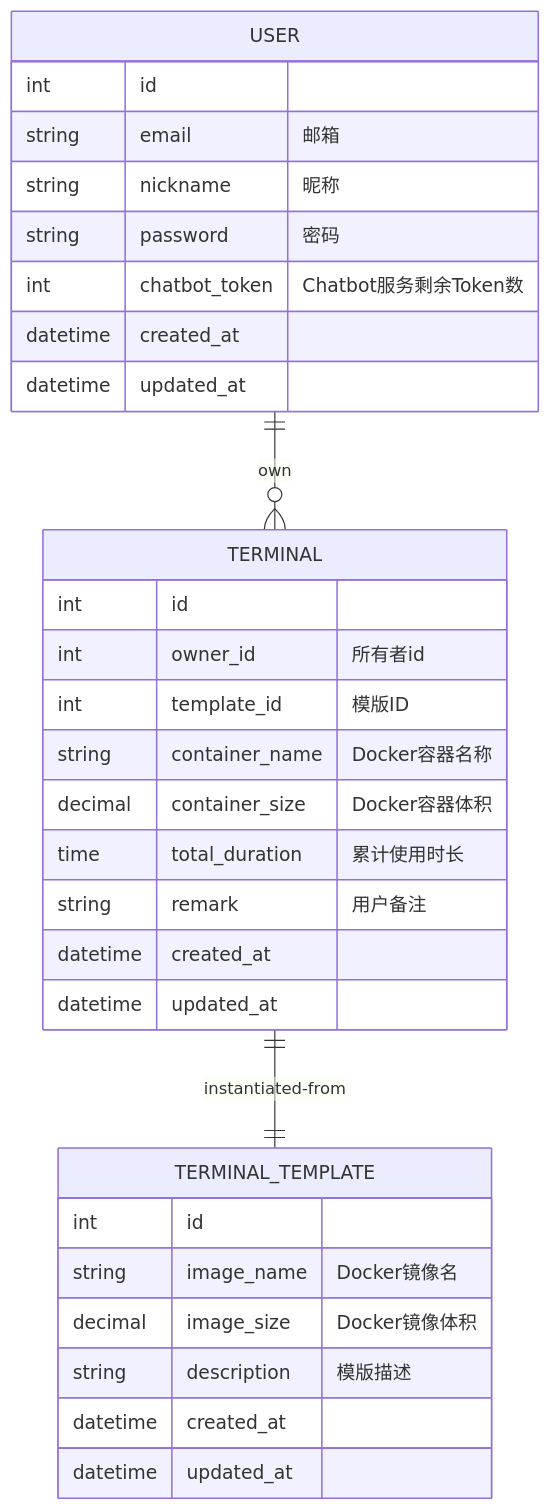
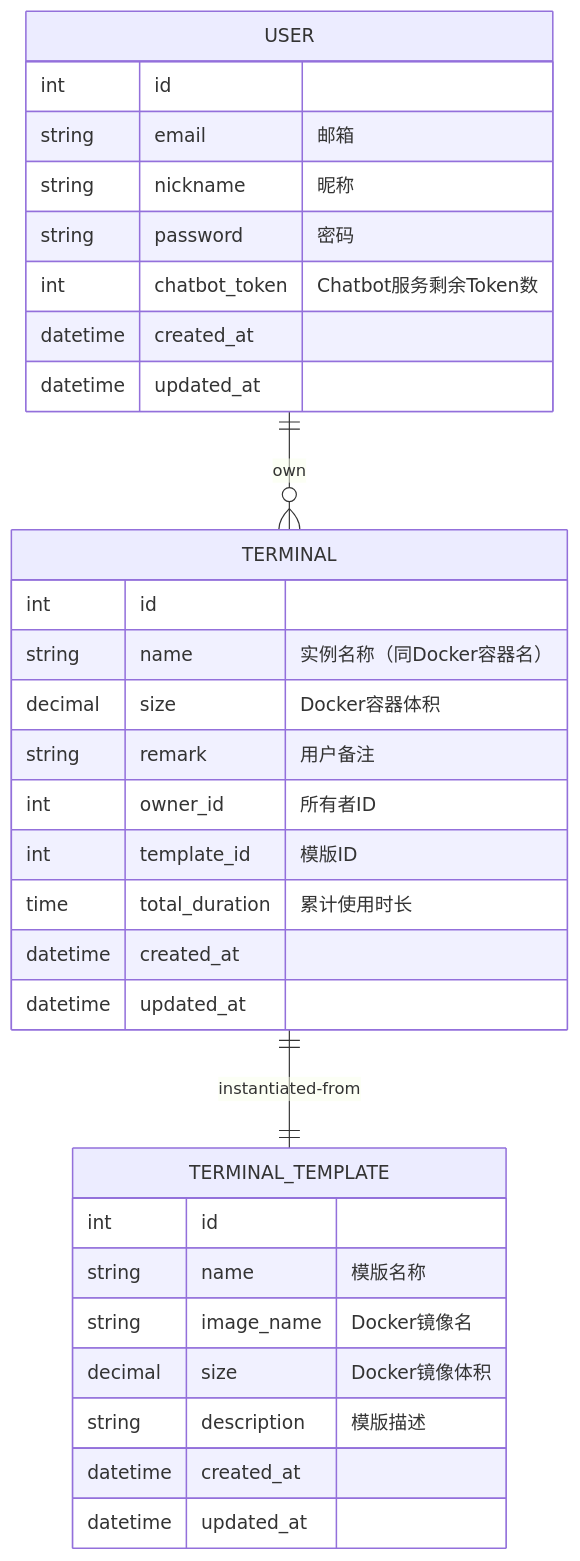
Before and after one commit to Banana-Boat/terryminal-be: the second of 2 diagrams in README.md, drawn with Mermaid. The commit also changed 1 other file, not shown here.

Commit message:
update: 修改readme & 修改建表sql

````diff
--- a/README.md
+++ b/README.md
@@ -34,33 +34,34 @@
 ```mermaid
 erDiagram
     USER ||--o{ TERMINAL : own
     TERMINAL ||--|| TERMINAL_TEMPLATE : instantiated-from
     USER {
         int id
         string email "邮箱"
         string nickname "昵称"
         string password "密码"
         int chatbot_token "Chatbot服务剩余Token数"
         datetime created_at
         datetime updated_at
     }
     TERMINAL {
         int id
-        int owner_id "所有者id"
+        string name "实例名称（同Docker容器名）"
+        decimal size "Docker容器体积"
+        string remark "用户备注"
+        int owner_id "所有者ID"
         int template_id "模版ID"
-        string container_name "Docker容器名称"
-        decimal container_size "Docker容器体积"
         time total_duration "累计使用时长"
-        string remark "用户备注"
         datetime created_at
         datetime updated_at
     }
     TERMINAL_TEMPLATE {
         int id
+        string name "模版名称"
         string image_name "Docker镜像名"
-        decimal image_size "Docker镜像体积"
+        decimal size "Docker镜像体积"
         string description "模版描述"
         datetime created_at
         datetime updated_at
     }
 ```
````
